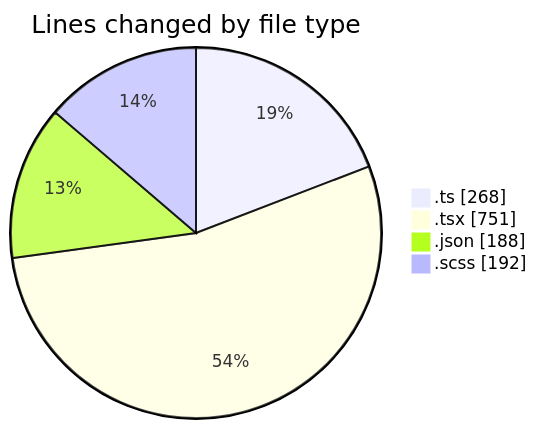
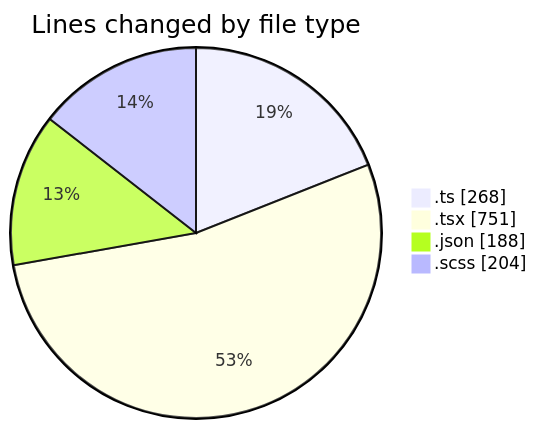
Before and after one commit to momahboobian/code-tracking: the first of 2 diagrams in 2026-05-07/cda/README.md, drawn with Mermaid. The commit also changed other lines of this file and 1 other file, not shown here.

````diff
--- a/2026-05-07/cda/README.md
+++ b/2026-05-07/cda/README.md
@@ -32,8 +32,8 @@
 ```mermaid
 pie showData
 title Lines changed by file type
 ".ts" : 268
 ".tsx" : 751
 ".json" : 188
-".scss" : 192
+".scss" : 204
 ```
````
